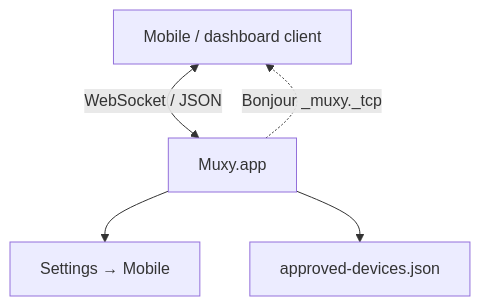
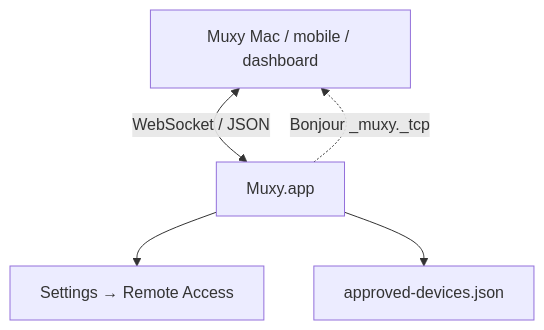
One commit to muxy-app/muxy changed the first of 2 diagrams in docs/remote-server/overview.md. Above: the diagram before and after it, drawn with Mermaid. The commit also changed other lines of this file and 63 other files, not shown here.

Commit message:
Add seamless remote Mac workspaces

````diff
--- a/docs/remote-server/overview.md
+++ b/docs/remote-server/overview.md
@@ -5,8 +5,8 @@
 ```mermaid
 flowchart TB
-  Client[Mobile / dashboard client]
+  Client[Muxy Mac / mobile / dashboard]
   Client <-->|WebSocket / JSON| Muxy[Muxy.app]
-  Muxy --> Settings[Settings → Mobile]
+  Muxy --> Settings[Settings → Remote Access]
   Muxy --> Approved[approved-devices.json]
   Muxy -.->|Bonjour _muxy._tcp| Client
 ```
````
